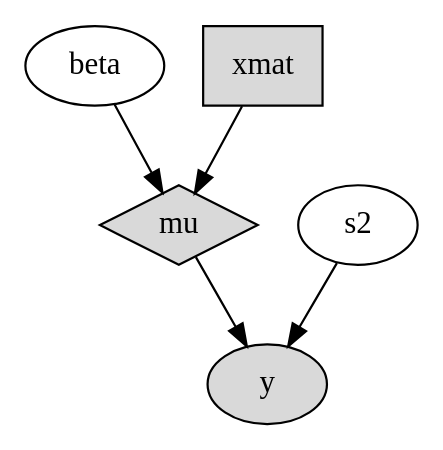
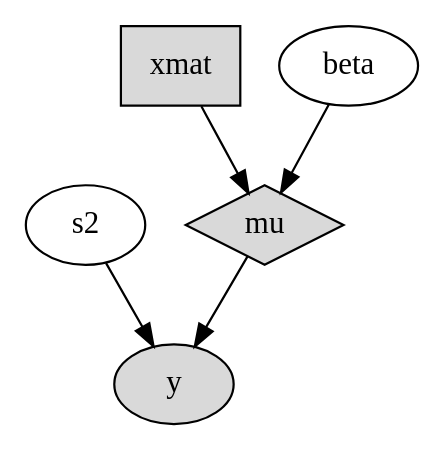
The diagram in doc/tutorial/lineDAG.dot (brian-j-smith/Mamba.jl), drawn with Graphviz before and after one commit. The commit also changed other lines of this file and 56 other files, not shown here.

```diff
--- a/doc/tutorial/lineDAG.dot
+++ b/doc/tutorial/lineDAG.dot
@@ -1,11 +1,11 @@
 digraph MCMCModel {
+	"mu" [shape="diamond", fillcolor="gray85", style="filled"];
+		"mu" -> "y";
+	"xmat" [shape="box", fillcolor="gray85", style="filled"];
+		"xmat" -> "mu";
 	"beta" [shape="ellipse"];
 		"beta" -> "mu";
 	"s2" [shape="ellipse"];
 		"s2" -> "y";
-	"mu" [shape="diamond", fillcolor="gray85", style="filled"];
-		"mu" -> "y";
-	"xmat" [shape="box", fillcolor="gray85", style="filled"];
-		"xmat" -> "mu";
 	"y" [shape="ellipse", fillcolor="gray85", style="filled"];
 }
```
